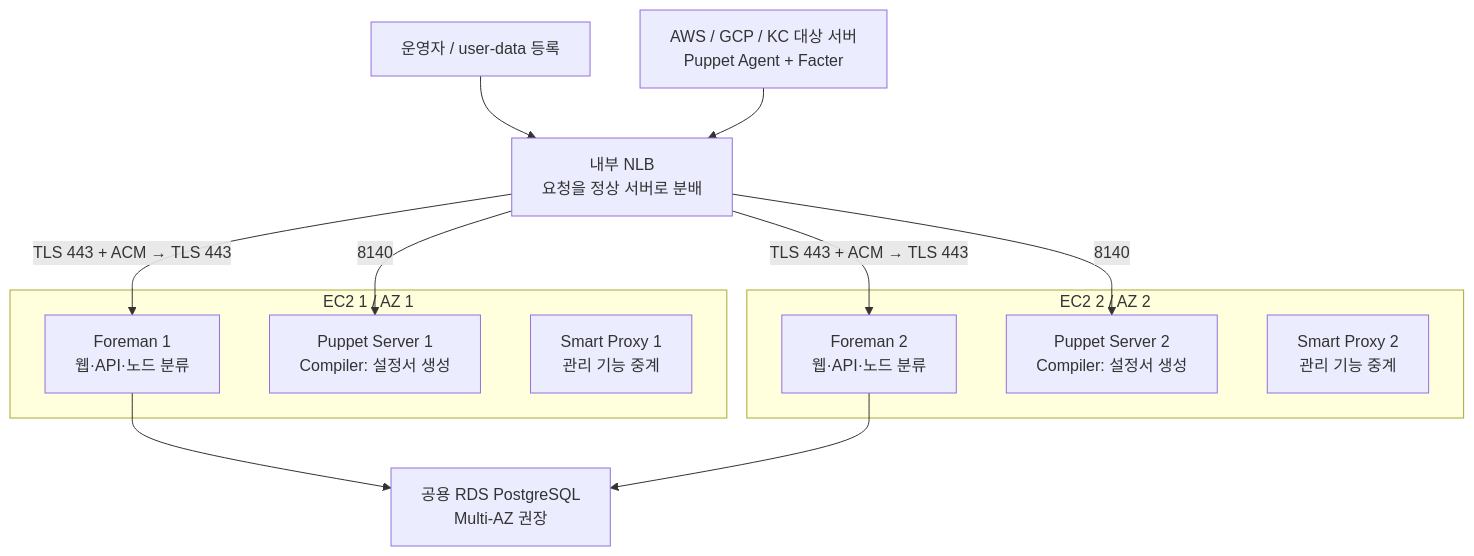
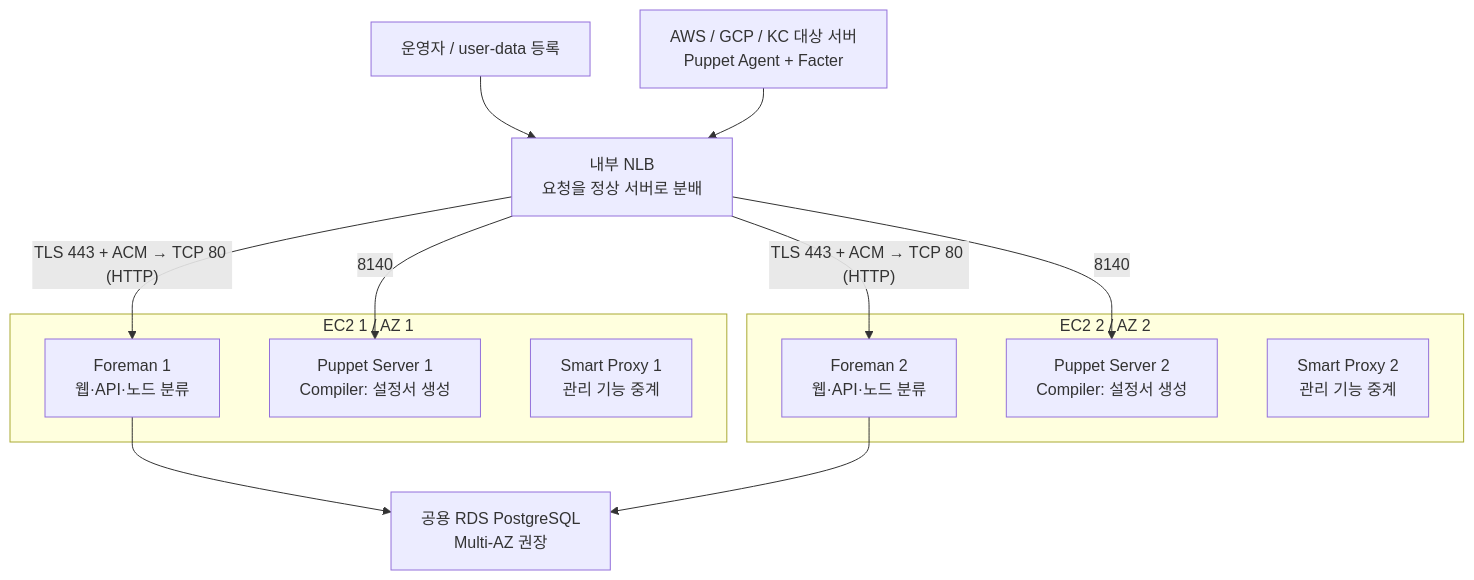
The third of 5 diagrams in foreman-puppet/docs/ARCHITECTURE_GUIDE.md (heyoon2j/y2-devops-lab), drawn with Mermaid before and after one commit. The commit also changed other lines of this file and 17 other files, not shown here.

Commit message:
docs: define NLB TLS offload and TCP passthrough target groups

````diff
--- a/foreman-puppet/docs/ARCHITECTURE_GUIDE.md
+++ b/foreman-puppet/docs/ARCHITECTURE_GUIDE.md
@@ -160,21 +160,21 @@
 ```mermaid
 flowchart TB
     U["운영자 / user-data 등록"] --> L["내부 NLB\n요청을 정상 서버로 분배"]
     A["AWS / GCP / KC 대상 서버\nPuppet Agent + Facter"] --> L
     subgraph V1["EC2 1 / AZ 1"]
       F1["Foreman 1\n웹·API·노드 분류"]
       C1["Puppet Server 1\nCompiler: 설정서 생성"]
       S1["Smart Proxy 1\n관리 기능 중계"]
     end
     subgraph V2["EC2 2 / AZ 2"]
       F2["Foreman 2\n웹·API·노드 분류"]
       C2["Puppet Server 2\nCompiler: 설정서 생성"]
       S2["Smart Proxy 2\n관리 기능 중계"]
     end
-    L -->|"TLS 443 + ACM → TLS 443"| F1
-    L -->|"TLS 443 + ACM → TLS 443"| F2
+    L -->|"TLS 443 + ACM → TCP 80 (HTTP)"| F1
+    L -->|"TLS 443 + ACM → TCP 80 (HTTP)"| F2
     L -->|"8140"| C1
     L -->|"8140"| C2
     F1 --> D["공용 RDS PostgreSQL\nMulti-AZ 권장"]
     F2 --> D
 ```
````
